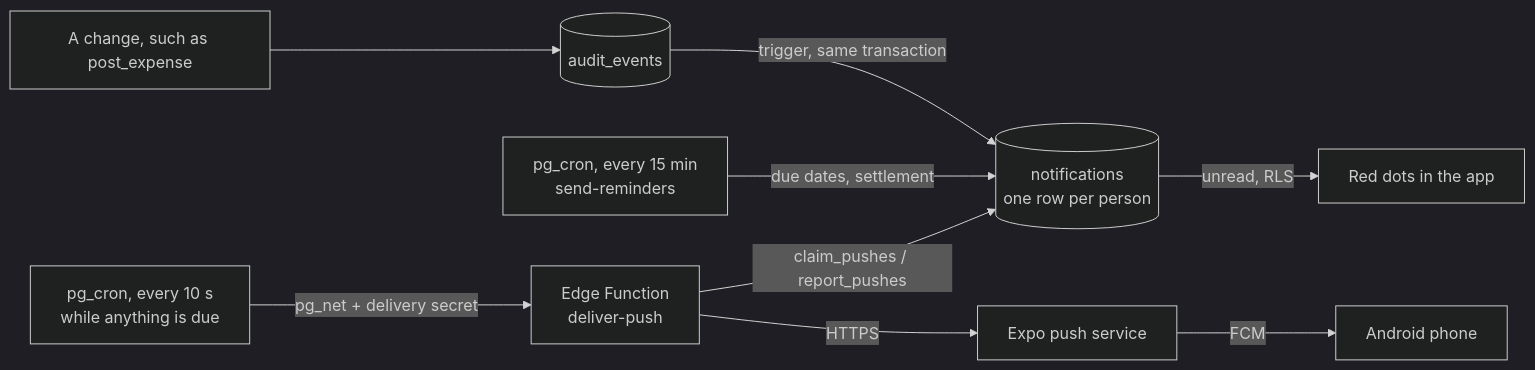
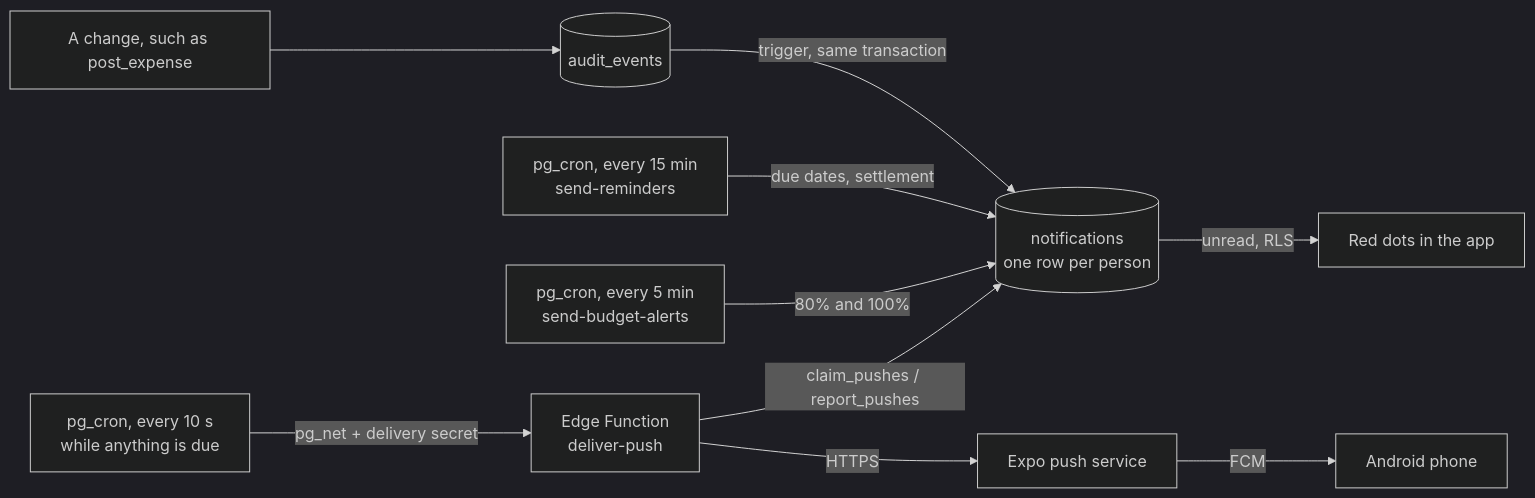
Before and after one commit to MAnasLatif/FlatMate: the diagram in docs/NOTIFICATIONS.md, drawn with Mermaid (dark theme). The commit also changed other lines of this file and 6 other files, not shown here.

````diff
--- a/docs/NOTIFICATIONS.md
+++ b/docs/NOTIFICATIONS.md
@@ -7,11 +7,12 @@
 ```mermaid
 flowchart LR
   RPC["A change, such as post_expense"] --> AUDIT[("audit_events")]
   AUDIT -->|trigger, same transaction| NOTIF[("notifications<br/>one row per person")]
   NOTIF -->|unread, RLS| APP["Red dots in the app"]
   REMIND["pg_cron, every 15 min<br/>send-reminders"] -->|due dates, settlement| NOTIF
+  BUDGET["pg_cron, every 5 min<br/>send-budget-alerts"] -->|80% and 100%| NOTIF
   CRON["pg_cron, every 10 s<br/>while anything is due"] -->|pg_net + delivery secret| FN["Edge Function<br/>deliver-push"]
   FN -->|claim_pushes / report_pushes| NOTIF
   FN -->|HTTPS| EXPO["Expo push service"]
   EXPO -->|FCM| PHONE["Android phone"]
 ```
````
